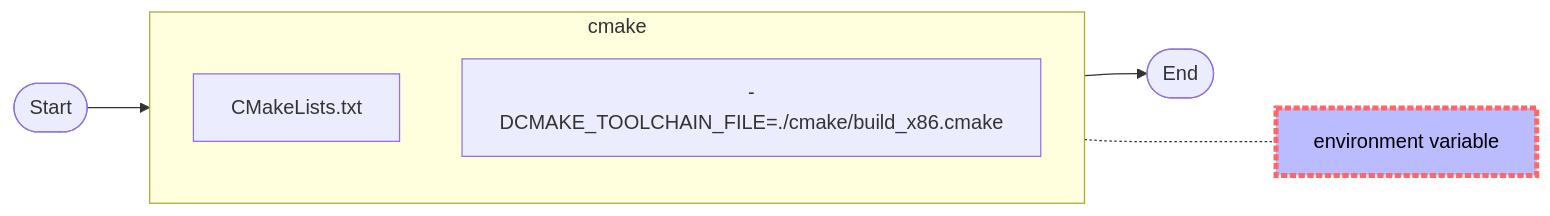
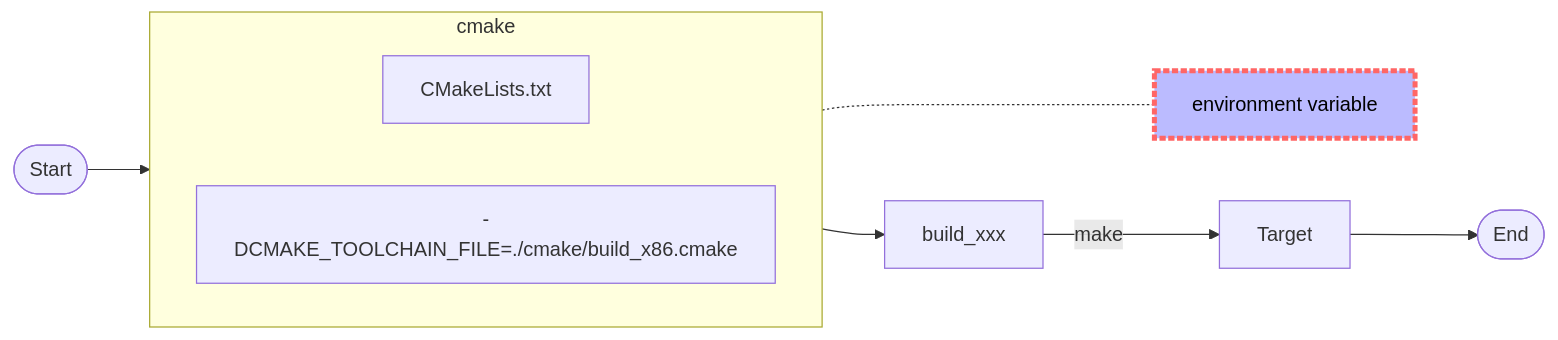
The second of 4 diagrams in README.md (lankahsu520/makeXcmakeXmesonXgn), drawn with Mermaid before and after one commit. The commit also changed other lines of this file and 16 other files, not shown here.

````diff
--- a/README.md
+++ b/README.md
@@ -34,15 +34,16 @@
 ```mermaid
 flowchart LR
 	Start([Start])
 	subgraph cmake[cmake]
+		direction LR
 		CMakeLists[CMakeLists.txt]
 		cross[-DCMAKE_TOOLCHAIN_FILE=./cmake/build_x86.cmake]
 	end
 	End([End])
 	environment[environment variable]
 	style environment fill:#bbf,color:#000000,stroke:#f66,stroke-width:4px,stroke-dasharray: 5 2
 
-	Start --> cmake --> End
+	Start --> cmake --> build_xxx --> |make|Target --> End
 	cmake -..- environment
 
 ```
````
